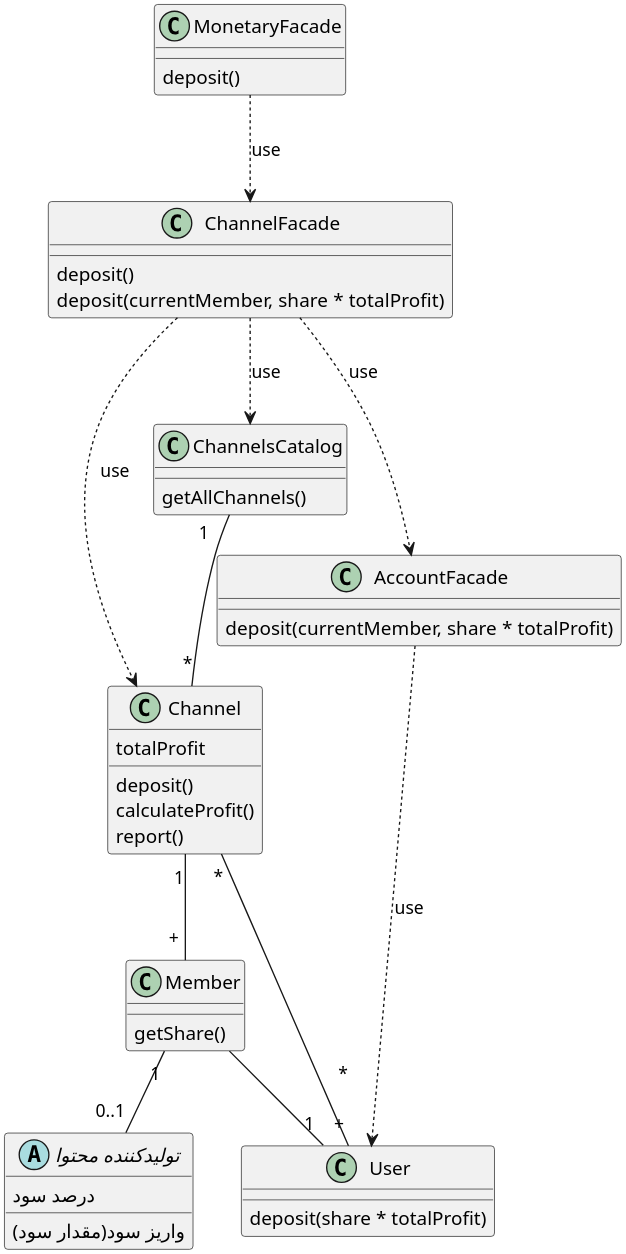
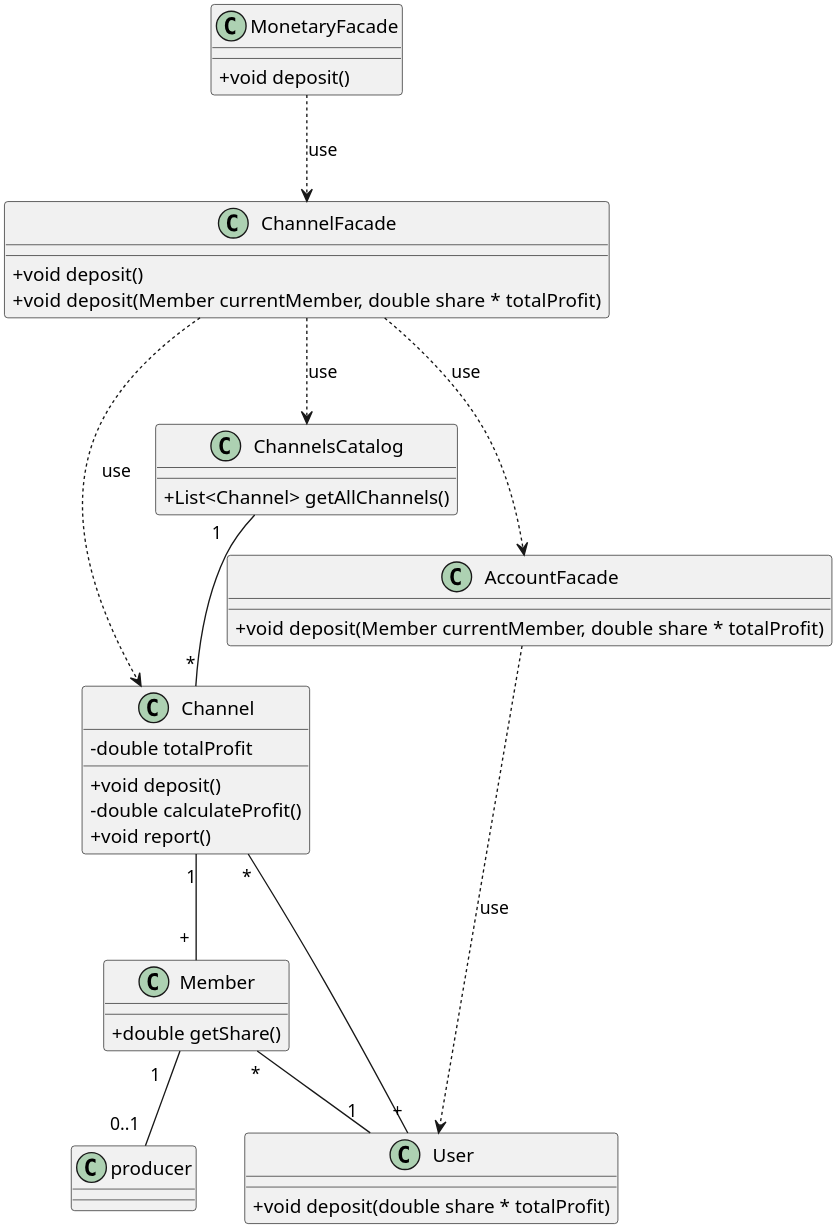
The diagram in Diagrams/Design Class/DepositProfit.puml (soleyman79/Qasedak), drawn with PlantUML before and after one commit.

Commit message:
DepositProfit: add type and privacy

```diff
--- a/Diagrams/Design Class/DepositProfit.puml
+++ b/Diagrams/Design Class/DepositProfit.puml
@@ -1,57 +1,53 @@
 @startuml deposit_profit
 
 
 scale 3
 skinparam DefaultFontName B Nazanin
 skinparam ArrowMessageAlignment right
-
-abstract "تولیدکننده محتوا" as producer {
-    درصد سود
-    واریز سود(مقدار سود)
-}
+skinparam classAttributeIconSize 0
 
 class "Channel" as chanel {
-    totalProfit
-    deposit()
-    calculateProfit()
-    report()
+    -double totalProfit
+    +void deposit()
+    -double calculateProfit()
+    +void report()
 
 }
 
 class "User" as user {
-    deposit(share * totalProfit)
+    +void deposit(double share * totalProfit)
 }
 
 class "Member" as member {
-    getShare()
+    +double getShare()
 }
 
 class MonetaryFacade {
-    deposit()
+    +void deposit()
 }
 
 class ChannelFacade {
-    deposit()
-    deposit(currentMember, share * totalProfit)
+    +void deposit()
+    +void deposit(Member currentMember, double share * totalProfit)
 }
 
 class ChannelsCatalog {
-    getAllChannels()
+    +List<Channel> getAllChannels()
 }
 
 class AccountFacade {
-    deposit(currentMember, share * totalProfit)
+    +void deposit(Member currentMember, double share * totalProfit)
 }
 
 chanel "1" -- "             +" member
 member "1" -- "         0..1" producer
 chanel "        *" -- "+" user
 member "                    *" -- "1" user
 ChannelsCatalog "1" -- "*" chanel
 MonetaryFacade ..> ChannelFacade :use
 ChannelFacade ..> AccountFacade :use
 ChannelFacade ..> chanel :use
 ChannelFacade ..> ChannelsCatalog :use
 AccountFacade ..> user :use
 
 @enduml
```
